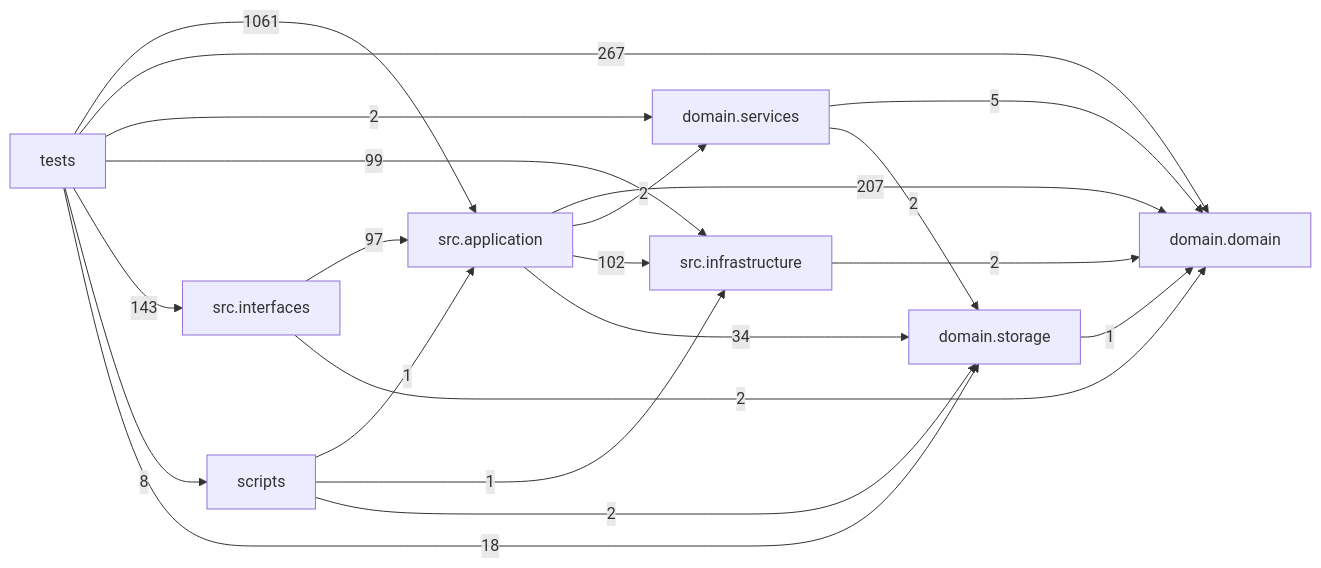
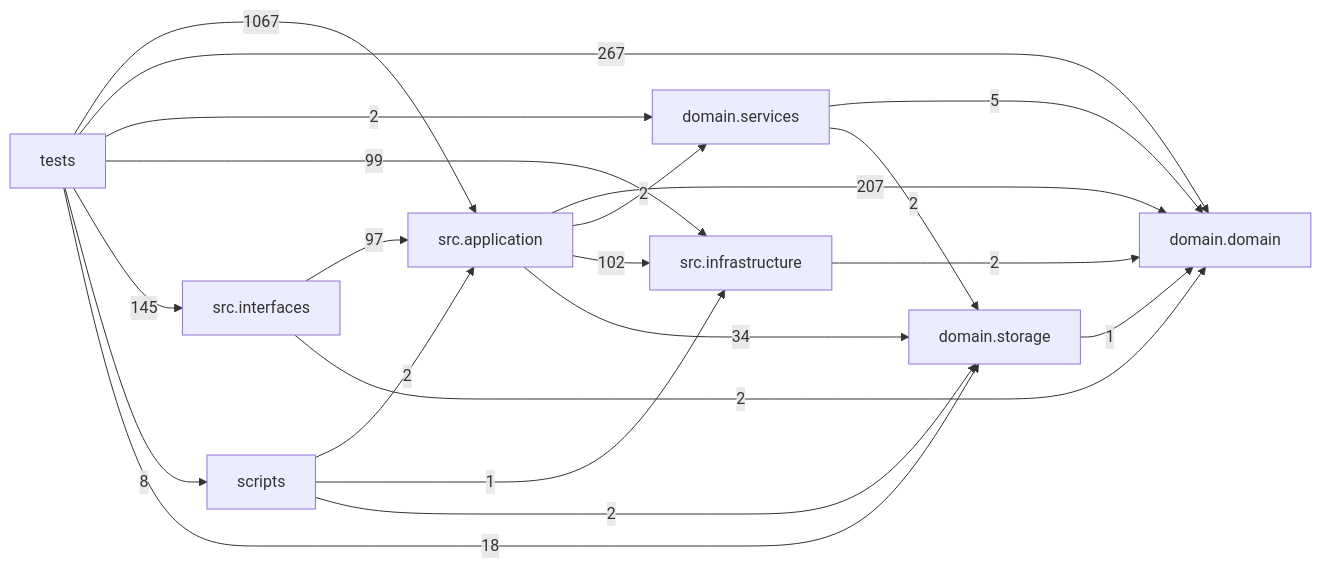
The diagram in docs/DEPENDENCY_GRAPH.md (liuxie066/options-monitor), drawn with Mermaid before and after one commit. The commit also changed other lines of this file and 15 other files, not shown here.

````diff
--- a/docs/DEPENDENCY_GRAPH.md
+++ b/docs/DEPENDENCY_GRAPH.md
@@ -24,31 +24,31 @@
 ```mermaid
 flowchart LR
   tests["tests"]
   scripts["scripts"]
   interfaces["src.interfaces"]
   application["src.application"]
   infrastructure["src.infrastructure"]
   domain_services["domain.services"]
   domain["domain.domain"]
   storage["domain.storage"]
   application -->|207| domain
   application -->|2| domain_services
   application -->|102| infrastructure
   application -->|34| storage
   domain_services -->|5| domain
   domain_services -->|2| storage
   infrastructure -->|2| domain
   interfaces -->|97| application
   interfaces -->|2| domain
-  scripts -->|1| application
+  scripts -->|2| application
   scripts -->|1| infrastructure
   scripts -->|2| storage
   storage -->|1| domain
-  tests -->|1061| application
+  tests -->|1067| application
   tests -->|267| domain
   tests -->|2| domain_services
   tests -->|99| infrastructure
-  tests -->|143| interfaces
+  tests -->|145| interfaces
   tests -->|8| scripts
   tests -->|18| storage
 ```
````
